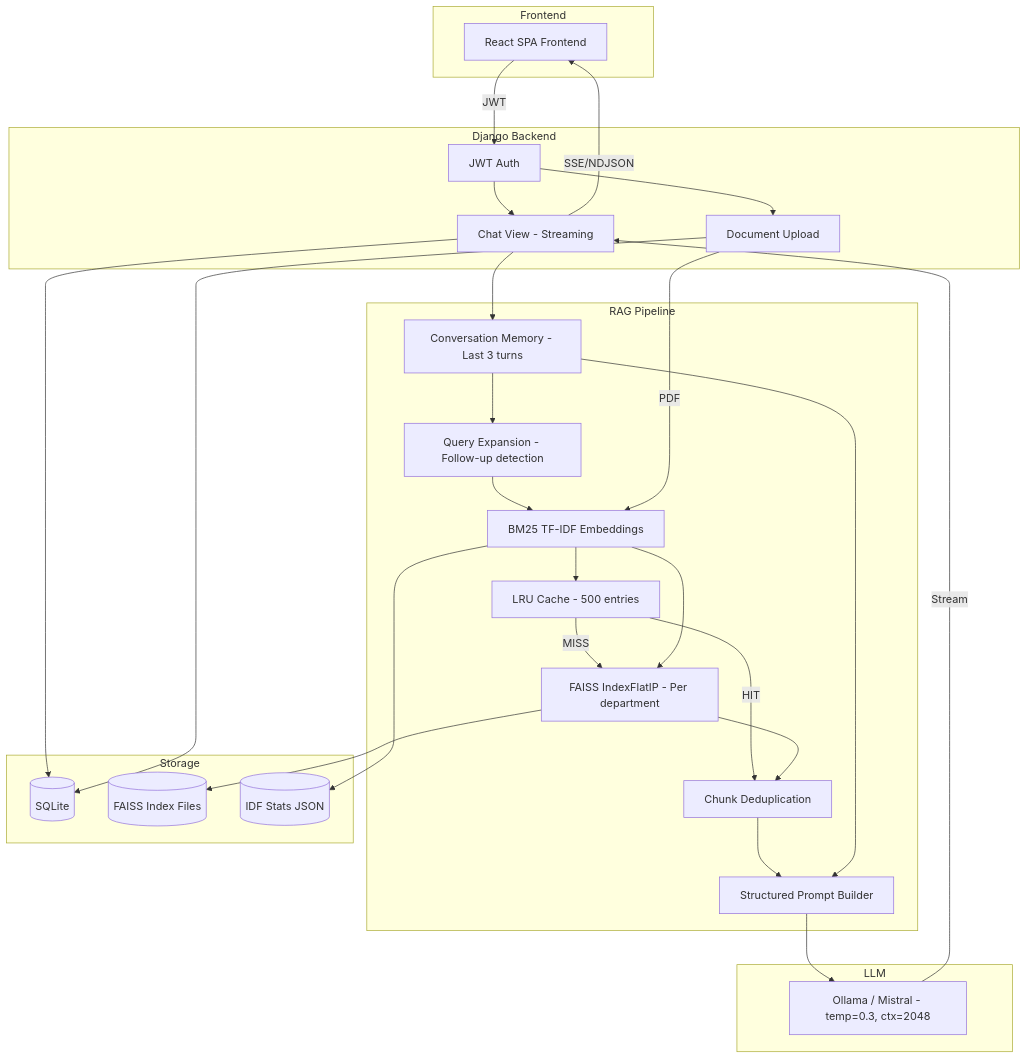
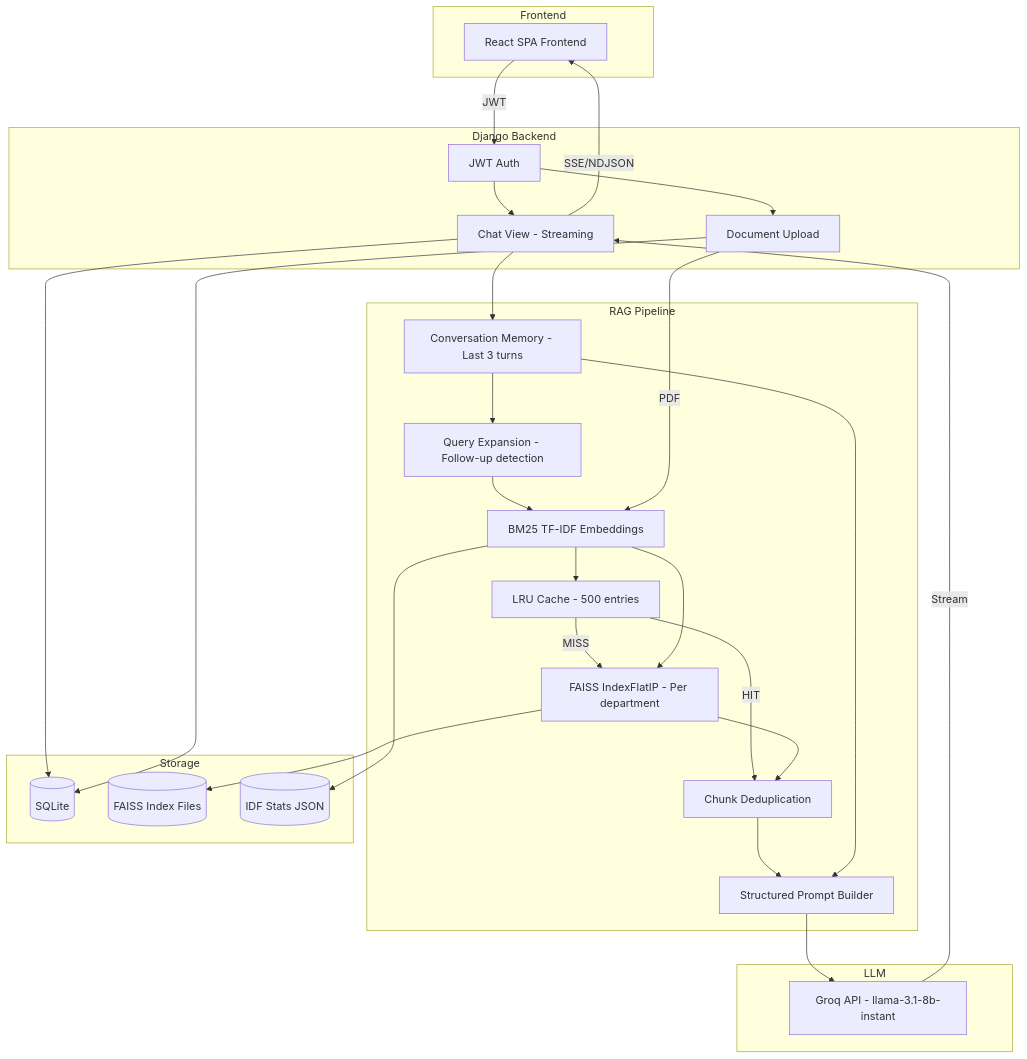
The diagram in rag_architecture_summary.md (9bishal/IntraDoc_AI), drawn with Mermaid before and after one commit. The commit also changed other lines of this file and 11 other files, not shown here.

````diff
--- a/rag_architecture_summary.md
+++ b/rag_architecture_summary.md
@@ -222,56 +222,56 @@
 ```mermaid
 flowchart TD
     subgraph Frontend
         UI[React SPA Frontend]
     end
 
     subgraph Django Backend
         AUTH[JWT Auth]
         CHAT[Chat View - Streaming]
         DOC[Document Upload]
     end
 
     subgraph RAG Pipeline
         MEM[Conversation Memory - Last 3 turns]
         QE[Query Expansion - Follow-up detection]
         EMB[BM25 TF-IDF Embeddings]
         CACHE[LRU Cache - 500 entries]
         FAISS[FAISS IndexFlatIP - Per department]
         DEDUP[Chunk Deduplication]
         PROMPT[Structured Prompt Builder]
     end
 
     subgraph LLM
-        OLLAMA[Ollama / Mistral - temp=0.3, ctx=2048]
+        OLLAMA[Groq API - llama-3.1-8b-instant]
     end
 
     subgraph Storage
         DB[(SQLite)]
         IDX[(FAISS Index Files)]
         IDF[(IDF Stats JSON)]
     end
 
     UI -->|JWT| AUTH
     AUTH --> CHAT
     AUTH --> DOC
 
     CHAT --> MEM
     MEM --> QE
     QE --> EMB
     EMB --> CACHE
     CACHE -->|MISS| FAISS
     CACHE -->|HIT| DEDUP
     FAISS --> DEDUP
     DEDUP --> PROMPT
     MEM --> PROMPT
     PROMPT --> OLLAMA
     OLLAMA -->|Stream| CHAT
     CHAT -->|SSE/NDJSON| UI
 
     DOC -->|PDF| EMB
     EMB --> FAISS
     FAISS --> IDX
     EMB --> IDF
     CHAT --> DB
     DOC --> DB
 ```
````
